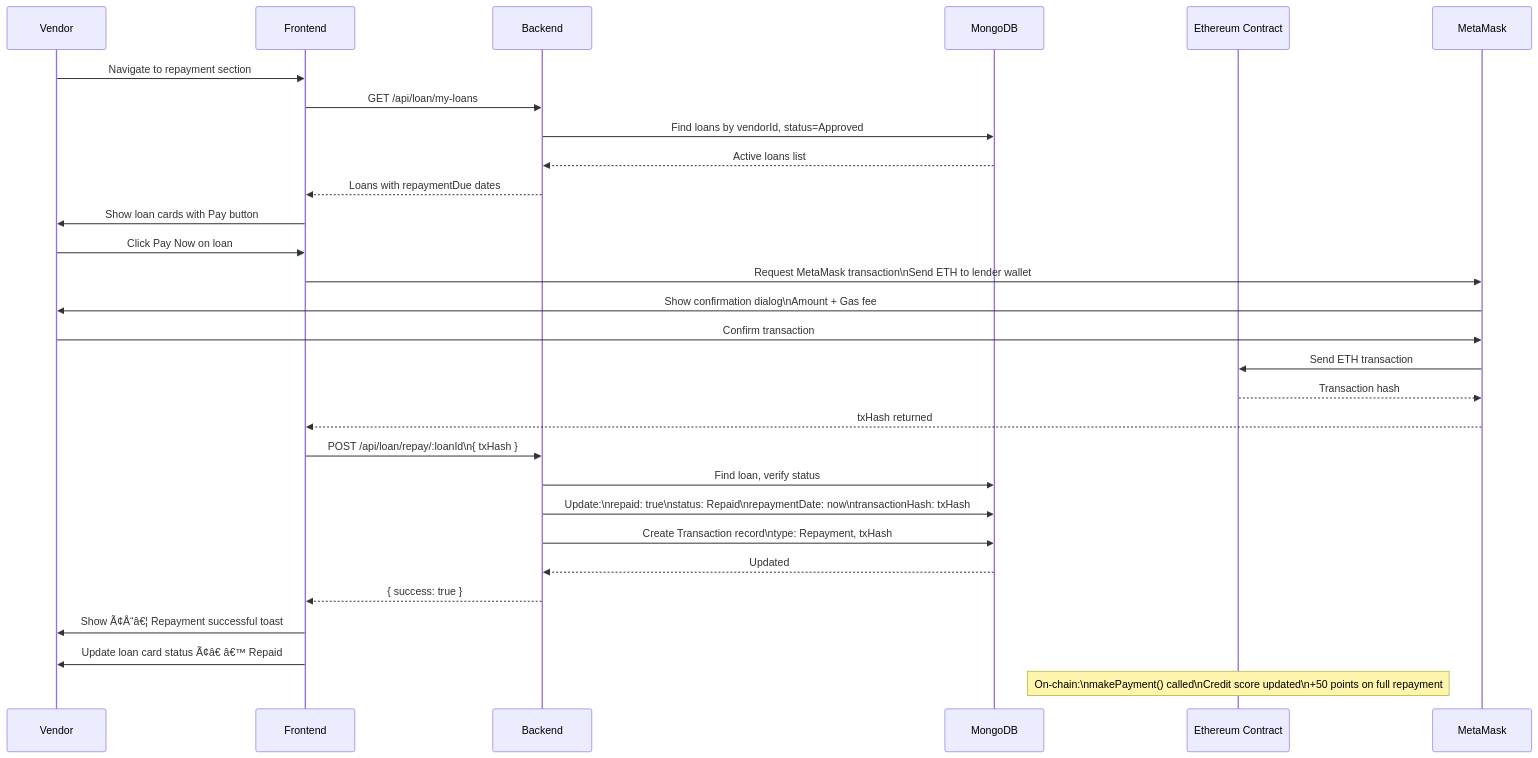
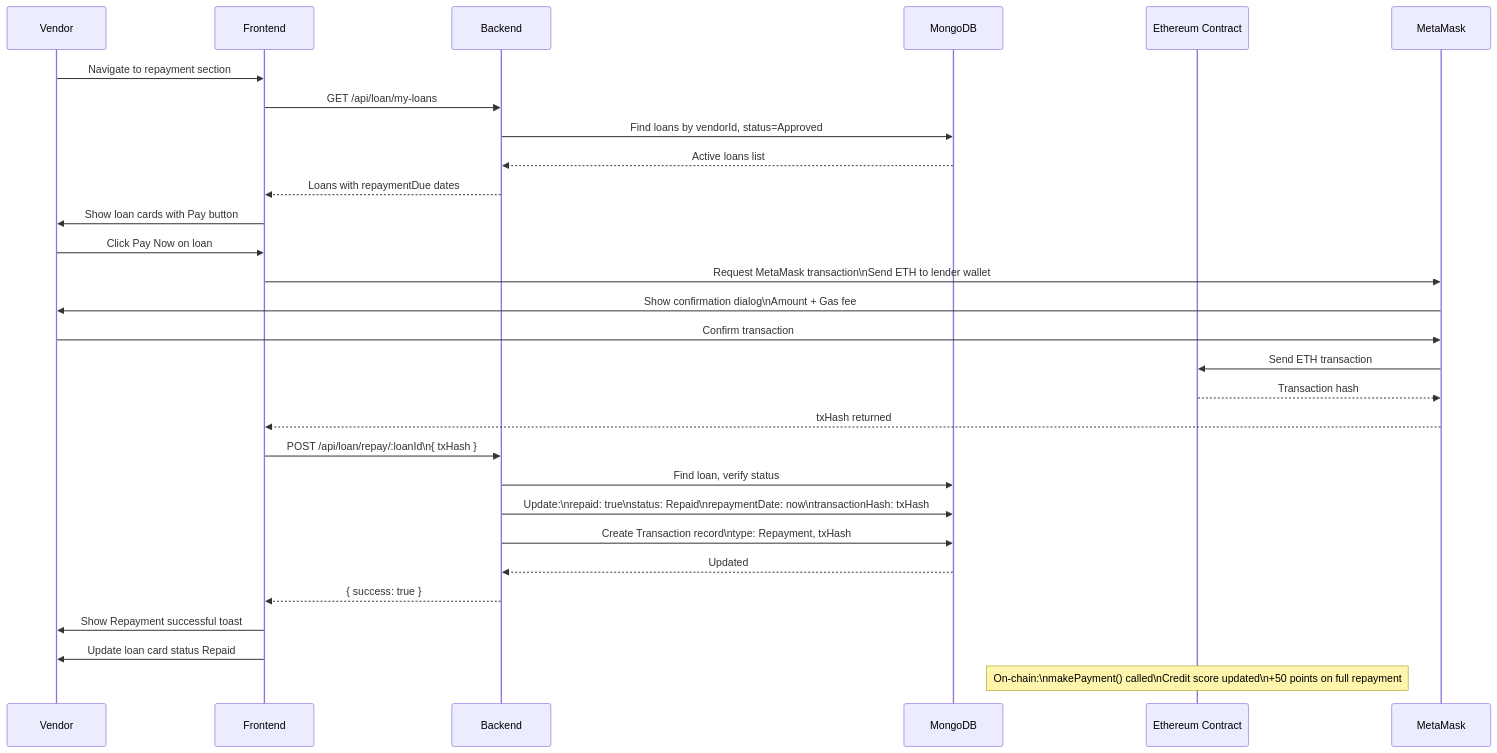
The tenth of 21 diagrams in PROCESS_FLOWS.md (sivamaniganjerupalli/simplified-microloans), drawn with Mermaid before and after one commit. The commit also changed other lines of this file and 14 other files, not shown here.

````diff
--- a/PROCESS_FLOWS.md
+++ b/PROCESS_FLOWS.md
@@ -357,35 +357,35 @@
 ```mermaid
 sequenceDiagram
     participant V as Vendor
     participant FE as Frontend
     participant BE as Backend
     participant DB as MongoDB
     participant BC as Ethereum Contract
     participant MM as MetaMask
 
     V->>FE: Navigate to repayment section
     FE->>BE: GET /api/loan/my-loans
     BE->>DB: Find loans by vendorId, status=Approved
     DB-->>BE: Active loans list
     BE-->>FE: Loans with repaymentDue dates
     FE->>V: Show loan cards with Pay button
 
     V->>FE: Click Pay Now on loan
     FE->>MM: Request MetaMask transaction\nSend ETH to lender wallet
     MM->>V: Show confirmation dialog\nAmount + Gas fee
     V->>MM: Confirm transaction
     MM->>BC: Send ETH transaction
     BC-->>MM: Transaction hash
     MM-->>FE: txHash returned
 
     FE->>BE: POST /api/loan/repay/:loanId\n{ txHash }
     BE->>DB: Find loan, verify status
     BE->>DB: Update:\nrepaid: true\nstatus: Repaid\nrepaymentDate: now\ntransactionHash: txHash
     BE->>DB: Create Transaction record\ntype: Repayment, txHash
     DB-->>BE: Updated
     BE-->>FE: { success: true }
-    FE->>V: Show Ã¢Å“â€¦ Repayment successful toast
-    FE->>V: Update loan card status Ã¢â€ â€™ Repaid
+    FE->>V: Show  Repayment successful toast
+    FE->>V: Update loan card status  Repaid
 
     Note over BC: On-chain:\nmakePayment() called\nCredit score updated\n+50 points on full repayment
 ```
````
